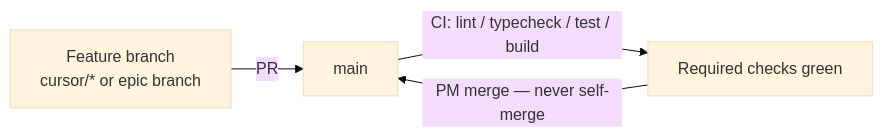
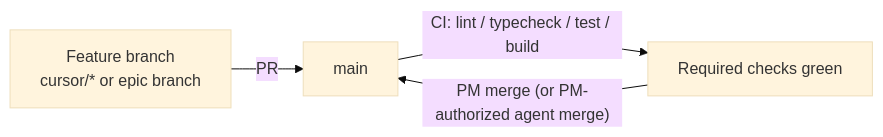
One commit to sonny303/mintedpanel changed the fifth of 11 diagrams in docs/ops/environment-architecture.md. Above: the diagram before and after it, drawn with Mermaid (base theme). The commit also changed other lines of this file and 3 other files, not shown here.

Commit message:
docs(ops): formalize authorized merge-to-main policy

````diff
--- a/docs/ops/environment-architecture.md
+++ b/docs/ops/environment-architecture.md
@@ -181,6 +181,6 @@
 ```mermaid
 flowchart LR
   DEV["Feature branch<br/>cursor/* or epic branch"] -->|"PR"| MAIN["main"]
   MAIN -->|"CI: lint / typecheck / test / build"| GREEN["Required checks green"]
-  GREEN -->|"PM merge — never self-merge"| MAIN
+  GREEN -->|"PM merge (or PM-authorized agent merge)"| MAIN
 ```
````
